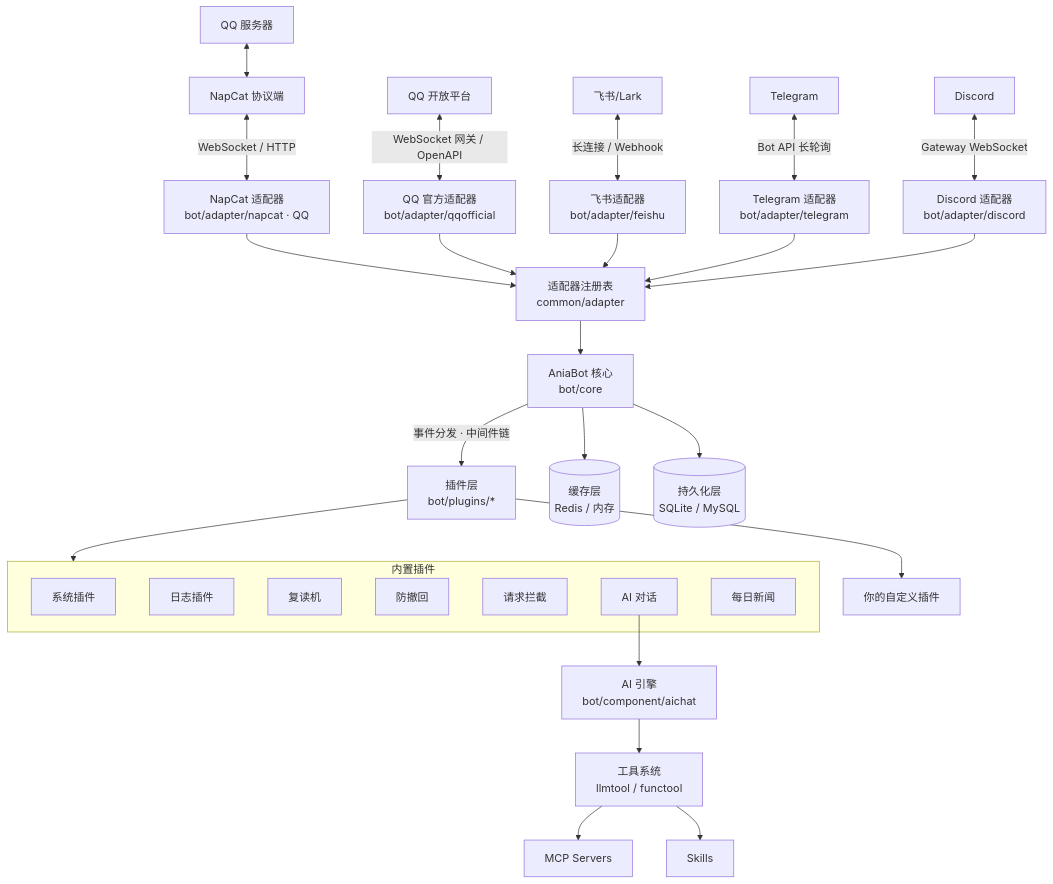
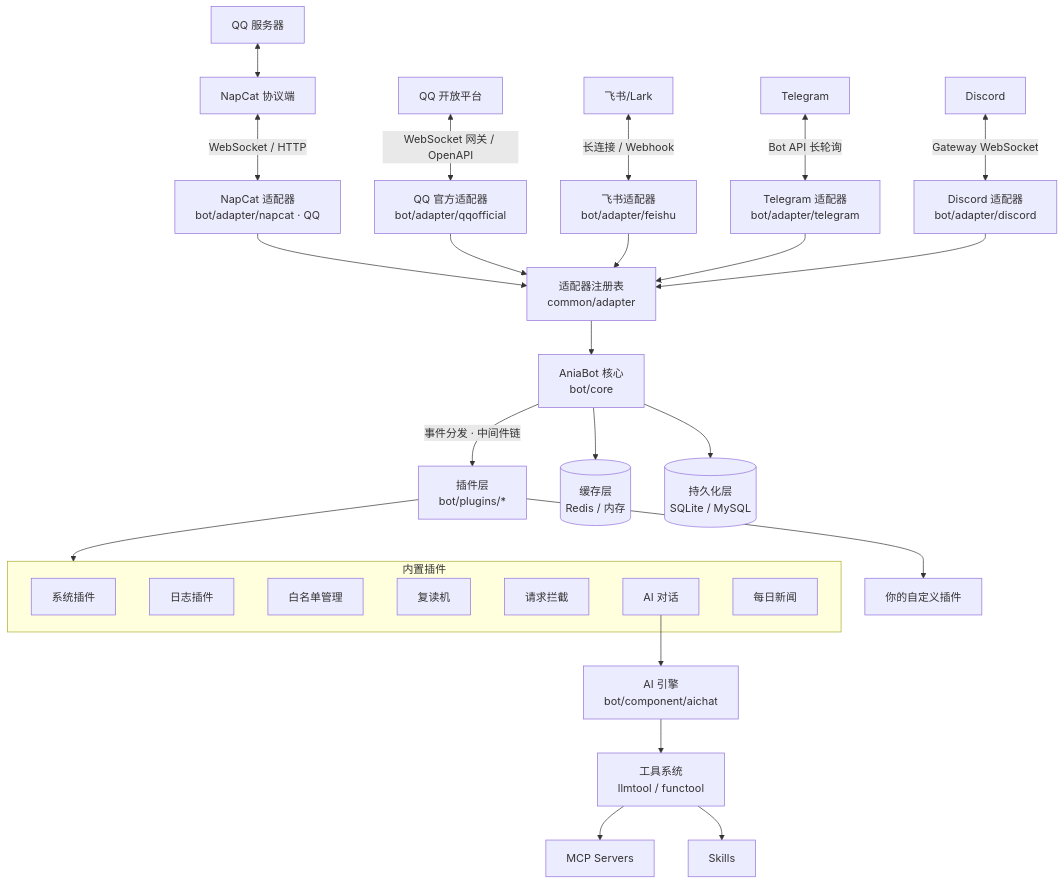
One commit to jeanhua/AniaBot changed the diagram in docs/guide/introduction.md. Above: the diagram before and after it, drawn with Mermaid. The commit also changed other lines of this file and 17 other files, not shown here.

````diff
--- a/docs/guide/introduction.md
+++ b/docs/guide/introduction.md
@@ -23,37 +23,37 @@
 ```mermaid
 flowchart TB
     QQ[QQ 服务器] <--> NapCat[NapCat 协议端]
     NapCat <-->|WebSocket / HTTP| NAdapter[NapCat 适配器<br/>bot/adapter/napcat · QQ]
     QQOfficial[QQ 开放平台] <-->|WebSocket 网关 / OpenAPI| QAdapter[QQ 官方适配器<br/>bot/adapter/qqofficial]
     Feishu[飞书/Lark] <-->|长连接 / Webhook| FAdapter[飞书适配器<br/>bot/adapter/feishu]
     Telegram[Telegram] <-->|Bot API 长轮询| TAdapter[Telegram 适配器<br/>bot/adapter/telegram]
     Discord[Discord] <-->|Gateway WebSocket| DAdapter[Discord 适配器<br/>bot/adapter/discord]
     NAdapter --> Registry[适配器注册表<br/>common/adapter]
     QAdapter --> Registry
     FAdapter --> Registry
     TAdapter --> Registry
     DAdapter --> Registry
     Registry --> Core[AniaBot 核心<br/>bot/core]
     Core -->|事件分发 · 中间件链| Plugins[插件层<br/>bot/plugins/*]
 
     subgraph BuiltIn[内置插件]
         Sys[系统插件]
         Log[日志插件]
+        Whitelist[白名单管理]
         Repeat[复读机]
-        Anti[防撤回]
         Interceptor[请求拦截]
         AI[AI 对话]
         News[每日新闻]
     end
 
     Plugins --> BuiltIn
     Plugins --> Custom[你的自定义插件]
 
     AI --> Engine[AI 引擎<br/>bot/component/aichat]
     Engine --> Tools[工具系统<br/>llmtool / functool]
     Tools --> MCP[MCP Servers]
     Tools --> Skills[Skills]
 
     Core --> Cache[(缓存层<br/>Redis / 内存)]
     Core --> Store[(持久化层<br/>SQLite / MySQL)]
 ```
````
